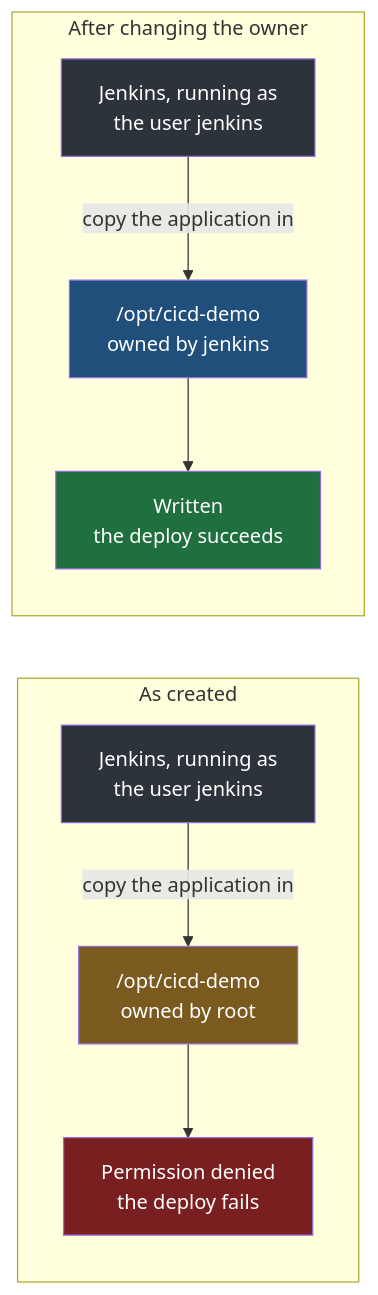
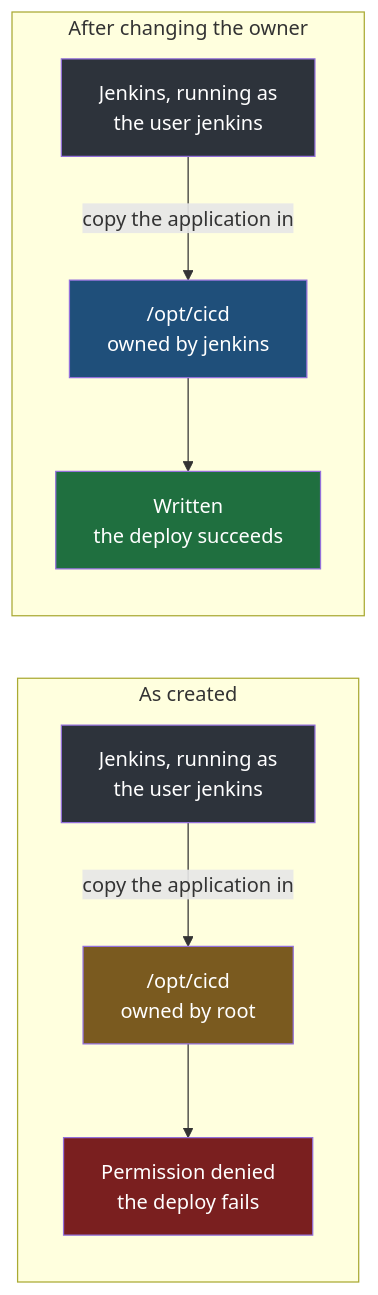
One commit to Dummy-Bug/system-design-handbook changed the second of 5 diagrams in Devops/05-CI-CD/13-Preparing-The-Server.md. Above: the diagram before and after it, drawn with Mermaid. The commit also changed other lines of this file and 27 other files, not shown here.

````diff
--- a/Devops/05-CI-CD/13-Preparing-The-Server.md
+++ b/Devops/05-CI-CD/13-Preparing-The-Server.md
@@ -71,17 +126,17 @@
 ```mermaid
 flowchart LR
     subgraph BEFORE["As created"]
-        J1["Jenkins, running as<br/>the user jenkins"] -->|"copy the application in"| D1["/opt/cicd-demo<br/>owned by root"]
+        J1["Jenkins, running as<br/>the user jenkins"] -->|"copy the application in"| D1["/opt/cicd<br/>owned by root"]
         D1 --> X["Permission denied<br/>the deploy fails"]
     end
     subgraph AFTER["After changing the owner"]
-        J2["Jenkins, running as<br/>the user jenkins"] -->|"copy the application in"| D2["/opt/cicd-demo<br/>owned by jenkins"]
+        J2["Jenkins, running as<br/>the user jenkins"] -->|"copy the application in"| D2["/opt/cicd<br/>owned by jenkins"]
         D2 --> Y["Written<br/>the deploy succeeds"]
     end
     style J1 fill:#2d333b,color:#fff
     style D1 fill:#7a5a1f,color:#fff
     style X fill:#7a1f1f,color:#fff
     style J2 fill:#2d333b,color:#fff
     style D2 fill:#1f4f7a,color:#fff
     style Y fill:#1f6f3f,color:#fff
 ```
````
